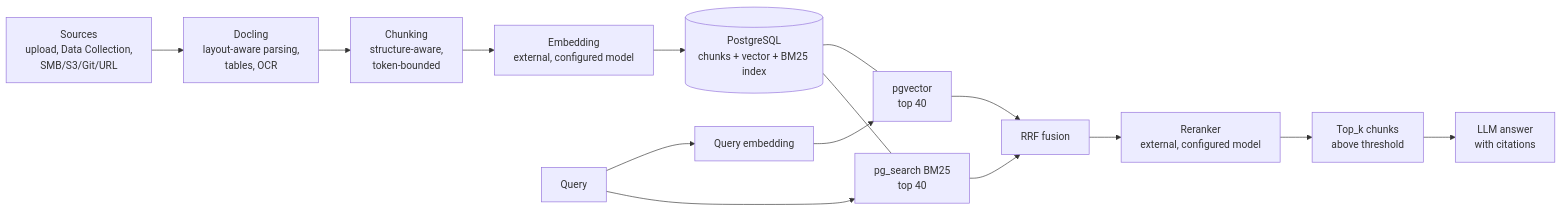
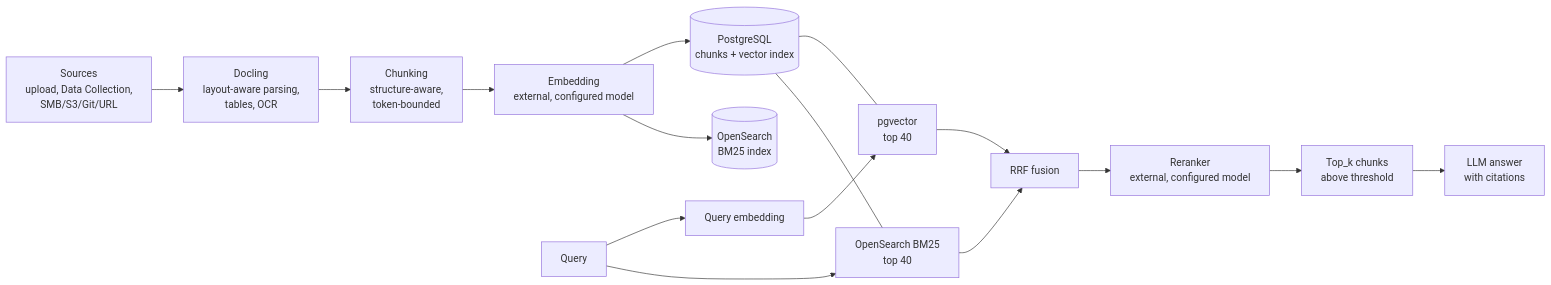
The second of 2 diagrams in docs/specs.md (lordraw77/Forge), drawn with Mermaid before and after one commit. The commit also changed other lines of this file and 74 other files, not shown here.

First line of the commit message:
NG-ZORRO on Angular 22; BM25 moves to OpenSearch (ADR-016, ADR-017)

````diff
--- a/docs/specs.md
+++ b/docs/specs.md
@@ -303,17 +303,18 @@
 ```mermaid
 flowchart LR
     SRC[Sources<br/>upload, Data Collection,<br/>SMB/S3/Git/URL] --> PARSE[Docling<br/>layout-aware parsing,<br/>tables, OCR]
     PARSE --> CHUNK[Chunking<br/>structure-aware,<br/>token-bounded]
     CHUNK --> EMB[Embedding<br/>external, configured model]
-    EMB --> PG[(PostgreSQL<br/>chunks + vector + BM25 index)]
+    EMB --> PG[(PostgreSQL<br/>chunks + vector index)]
+    EMB --> OS[(OpenSearch<br/>BM25 index)]
     Q[Query] --> QE[Query embedding]
     QE --> VS[pgvector<br/>top 40]
-    Q --> BM[pg_search BM25<br/>top 40]
+    Q --> BM[OpenSearch BM25<br/>top 40]
     PG --- VS
     PG --- BM
     VS --> RRF[RRF fusion]
     BM --> RRF
     RRF --> RR[Reranker<br/>external, configured model]
     RR --> CTX[Top_k chunks<br/>above threshold]
     CTX --> LLM[LLM answer<br/>with citations]
 ```
````
